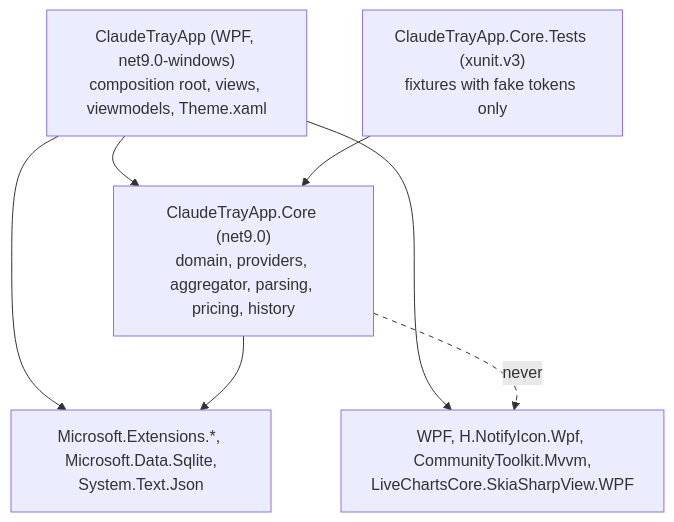
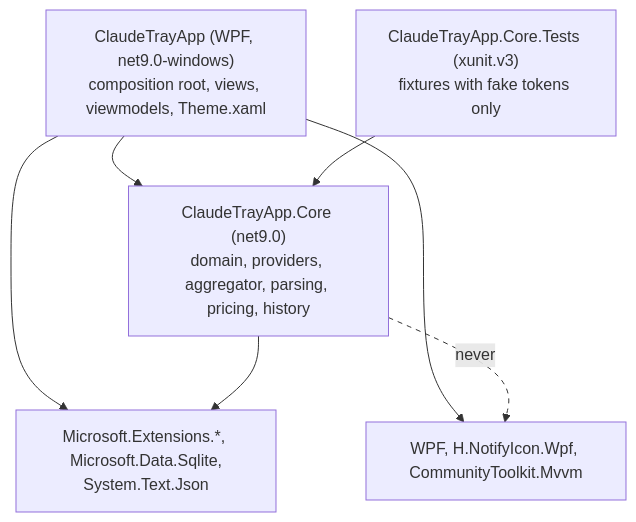
The third of 4 diagrams in docs/architecture.md (mlcousek/claude_trayapp), drawn with Mermaid before and after one commit. The commit also changed other lines of this file and 5 other files, not shown here.

Commit message:
docs: milestone 6 notes, charts section, refreshed flyout screenshot

````diff
--- a/docs/architecture.md
+++ b/docs/architecture.md
@@ -99,19 +99,19 @@
 ```mermaid
 flowchart TB
     APP["ClaudeTrayApp (WPF, net9.0-windows)<br/>composition root, views, viewmodels, Theme.xaml"]
     CORE["ClaudeTrayApp.Core (net9.0)<br/>domain, providers, aggregator, parsing, pricing, history"]
     TESTS["ClaudeTrayApp.Core.Tests (xunit.v3)<br/>fixtures with fake tokens only"]
 
-    UI["WPF, H.NotifyIcon.Wpf, CommunityToolkit.Mvvm,<br/>LiveChartsCore.SkiaSharpView.WPF"]
+    UI["WPF, H.NotifyIcon.Wpf, CommunityToolkit.Mvvm"]
     BCL["Microsoft.Extensions.*, Microsoft.Data.Sqlite,<br/>System.Text.Json"]
 
     APP --> CORE
     TESTS --> CORE
     APP --> UI
     APP --> BCL
     CORE --> BCL
 
     classDef forbidden stroke-dasharray: 5 5
     CORE -. "never" .-> UI
     linkStyle 5 stroke-dasharray: 5 5
 ```
````
